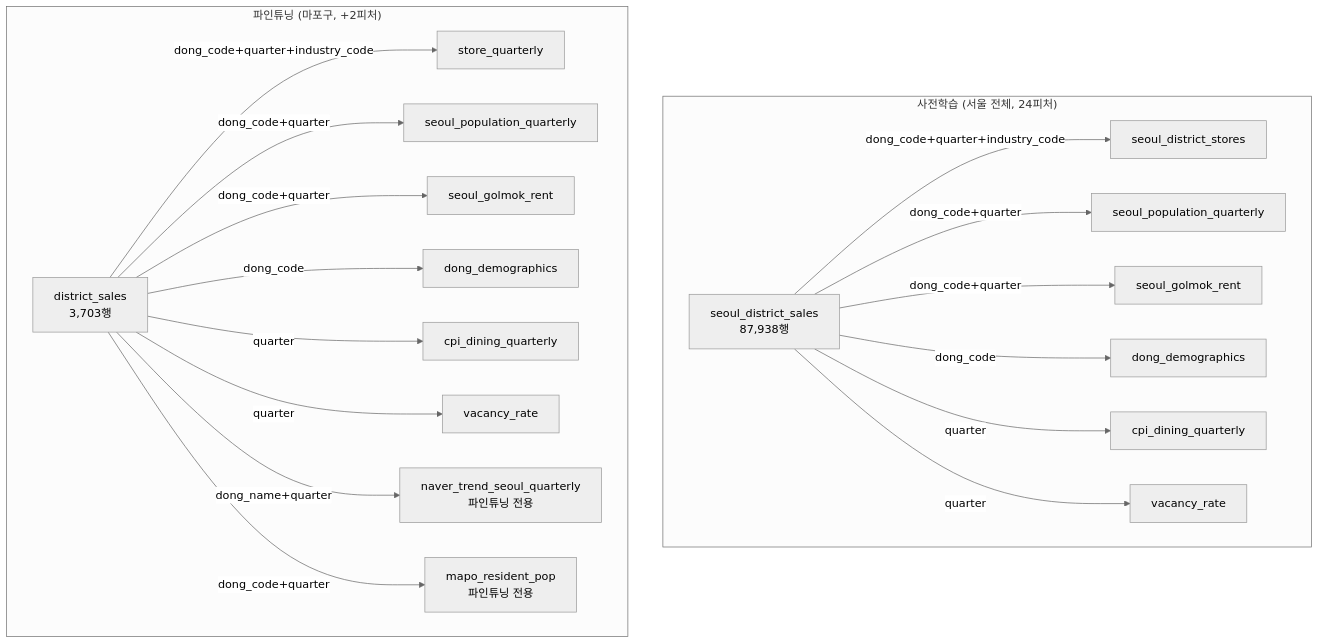
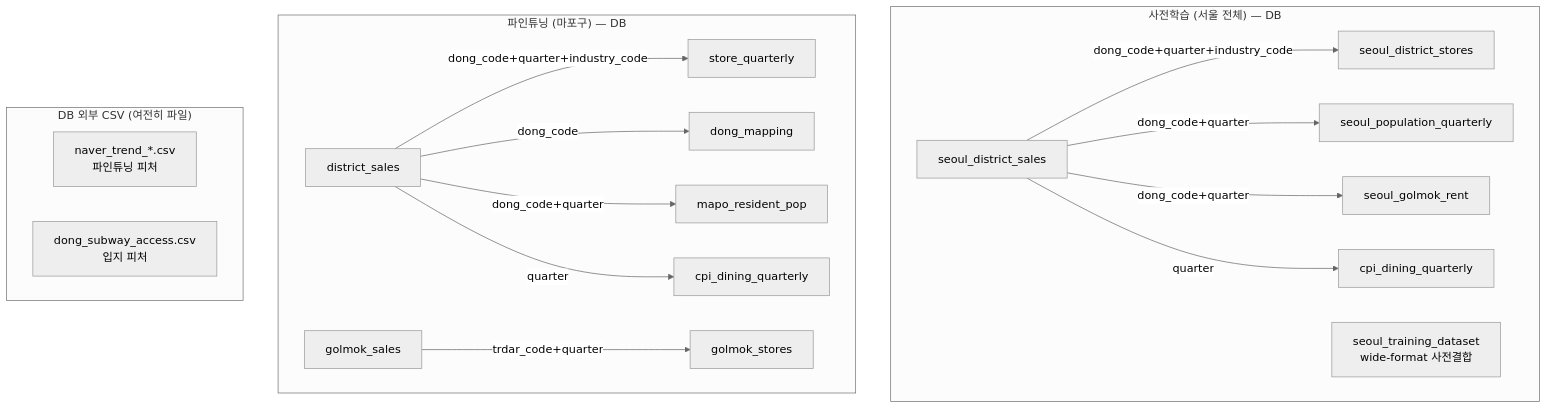
One commit to Himidea-AI/Final_Project changed the third of 4 diagrams in docs/db-erd.md. Above: the diagram before and after it, drawn with Mermaid (neutral theme). The commit also changed other lines of this file and 8 other files, not shown here.

````diff
--- a/docs/db-erd.md
+++ b/docs/db-erd.md
@@ -338,22 +459,23 @@
 ```mermaid
 graph TD
-    subgraph "사전학습 (서울 전체, 24피처)"
-        SDS[seoul_district_sales<br/>87,938행] -->|dong_code+quarter+industry_code| SDST[seoul_district_stores]
+    subgraph "사전학습 (서울 전체) — DB"
+        SDS[seoul_district_sales] -->|dong_code+quarter+industry_code| SDST[seoul_district_stores]
         SDS -->|dong_code+quarter| SPQ[seoul_population_quarterly]
         SDS -->|dong_code+quarter| SGR[seoul_golmok_rent]
-        SDS -->|dong_code| DEMO[dong_demographics]
         SDS -->|quarter| CPI[cpi_dining_quarterly]
-        SDS -->|quarter| VC[vacancy_rate]
+        STD[seoul_training_dataset<br/>wide-format 사전결합]
     end
 
-    subgraph "파인튜닝 (마포구, +2피처)"
-        DS[district_sales<br/>3,703행] -->|dong_code+quarter+industry_code| SQ[store_quarterly]
-        DS -->|dong_code+quarter| SPQ2[seoul_population_quarterly]
-        DS -->|dong_code+quarter| SGR2[seoul_golmok_rent]
-        DS -->|dong_code| DEMO2[dong_demographics]
+    subgraph "파인튜닝 (마포구) — DB"
+        DS[district_sales] -->|dong_code+quarter+industry_code| SQ[store_quarterly]
+        DS -->|dong_code| DM[dong_mapping]
+        DS -->|dong_code+quarter| MRP[mapo_resident_pop]
         DS -->|quarter| CPI2[cpi_dining_quarterly]
-        DS -->|quarter| VC2[vacancy_rate]
-        DS -->|dong_name+quarter| NT[naver_trend_seoul_quarterly<br/>파인튜닝 전용]
-        DS -->|dong_code+quarter| MRP[mapo_resident_pop<br/>파인튜닝 전용]
+        GS[golmok_sales] -->|trdar_code+quarter| GST[golmok_stores]
+    end
+
+    subgraph "DB 외부 CSV (여전히 파일)"
+        NT[naver_trend_*.csv<br/>파인튜닝 피처]
+        SUB[dong_subway_access.csv<br/>입지 피처]
     end
 ```
````
